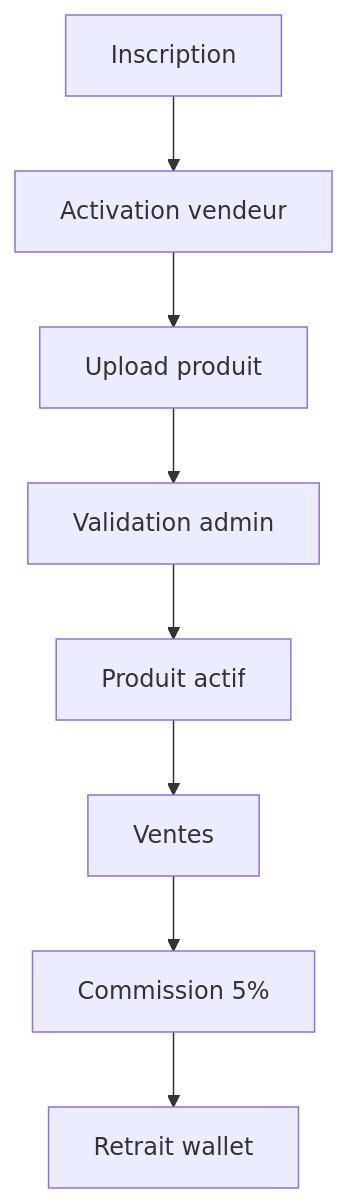
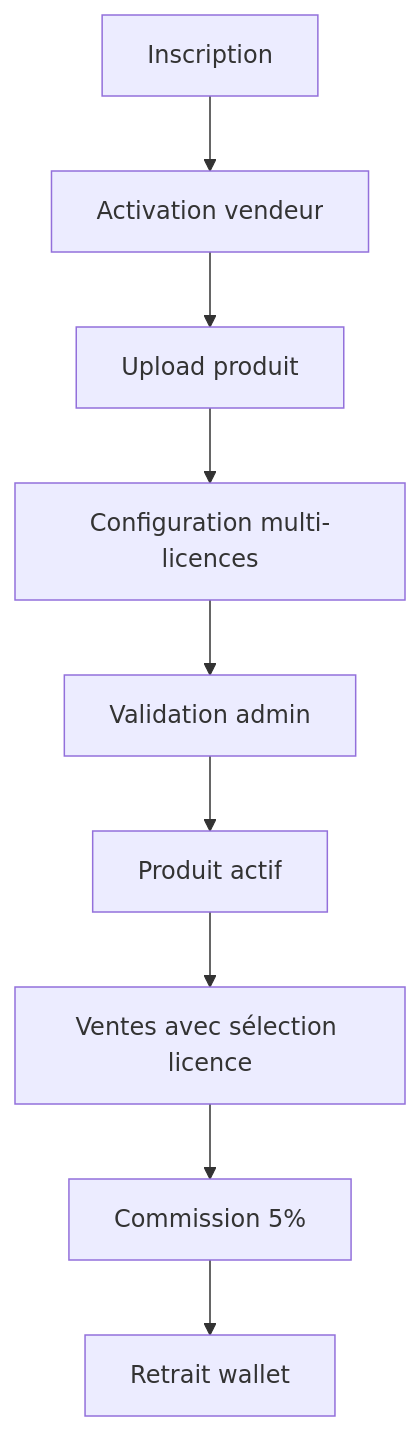
Before and after one commit to LordThiouk/linkart: the first of 3 diagrams in docs/product/README.md, drawn with Mermaid. The commit also changed other lines of this file and 19 other files, not shown here.

````diff
--- a/docs/product/README.md
+++ b/docs/product/README.md
@@ -46,10 +46,11 @@
 ```mermaid
 flowchart TD
     A[Inscription] --> B[Activation vendeur]
     B --> C[Upload produit]
-    C --> D[Validation admin]
-    D --> E[Produit actif]
-    E --> F[Ventes]
-    F --> G[Commission 5%]
-    G --> H[Retrait wallet]
+    C --> D[Configuration multi-licences]
+    D --> E[Validation admin]
+    E --> F[Produit actif]
+    F --> G[Ventes avec sélection licence]
+    G --> H[Commission 5%]
+    H --> I[Retrait wallet]
 ```
````
